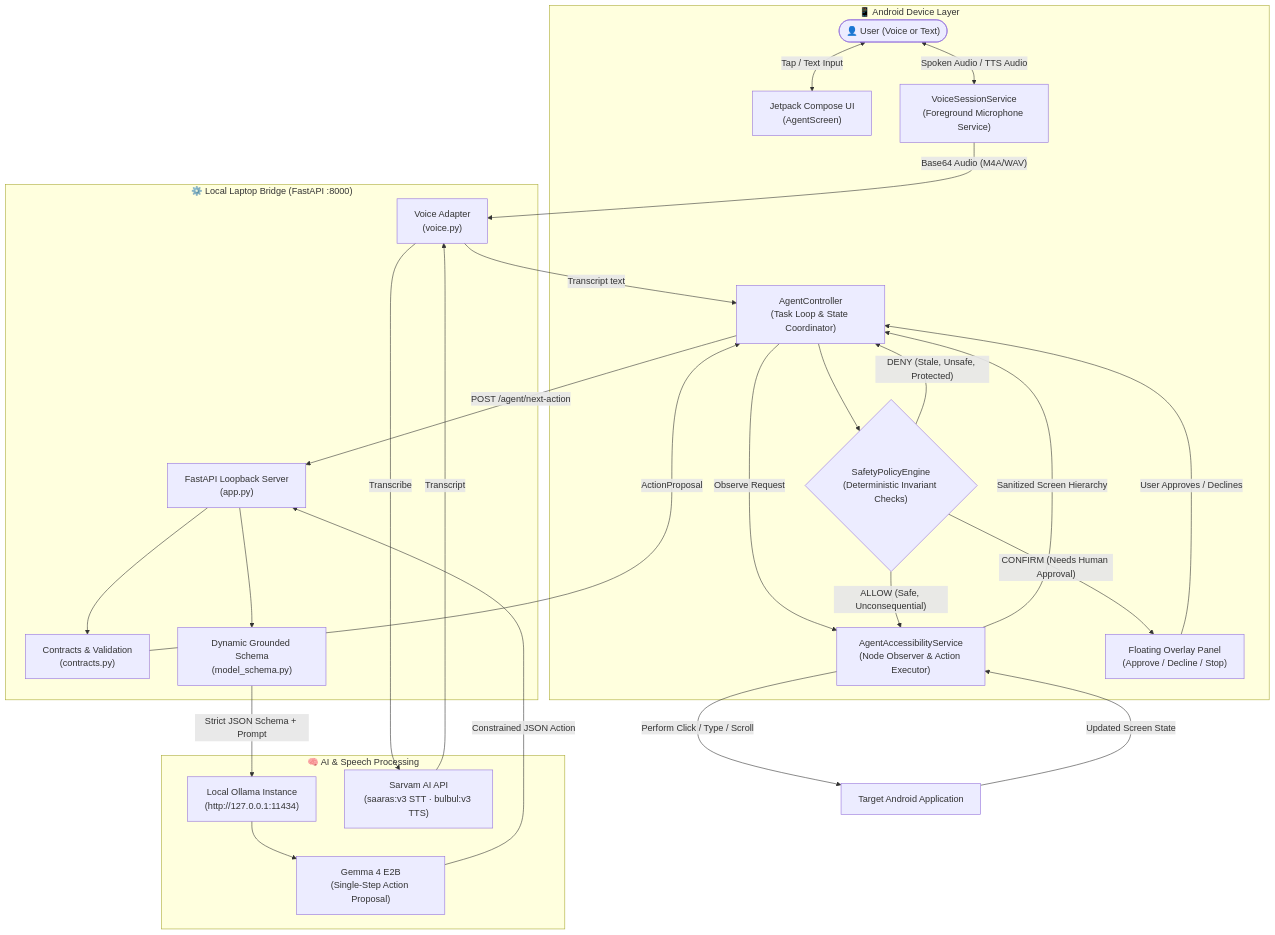
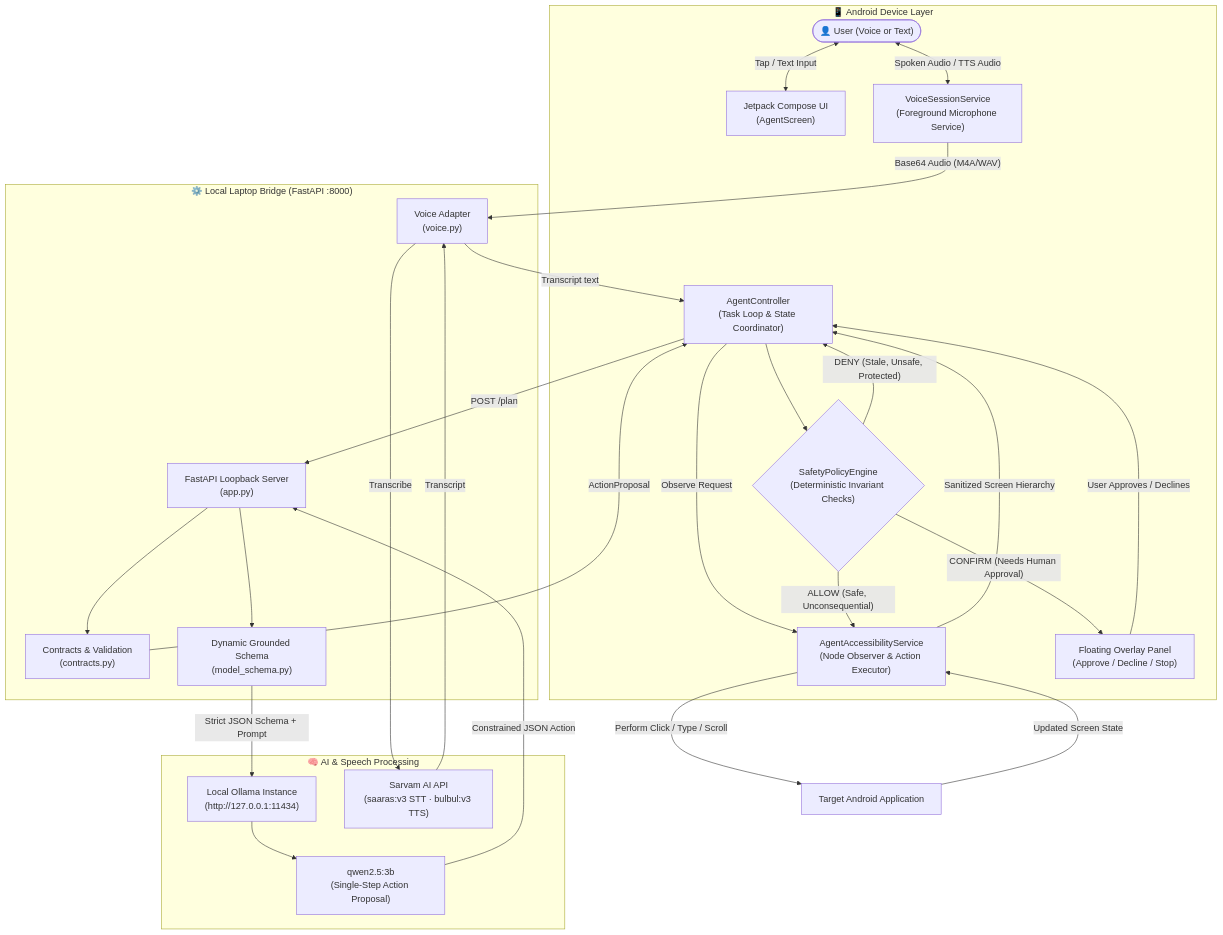
One commit to kkoushik24/handsfree-AI changed the first of 3 diagrams in README.md. Above: the diagram before and after it, drawn with Mermaid. The commit also changed other lines of this file and 10 other files, not shown here.

````diff
--- a/README.md
+++ b/README.md
@@ -96,51 +96,51 @@
 ```mermaid
 flowchart TD
     subgraph UserInterface["📱 Android Device Layer"]
         User(["👤 User (Voice or Text)"])
         UI["Jetpack Compose UI<br/>(AgentScreen)"]
         VoiceService["VoiceSessionService<br/>(Foreground Microphone Service)"]
         AccessService["AgentAccessibilityService<br/>(Node Observer & Action Executor)"]
         TaskController["AgentController<br/>(Task Loop & State Coordinator)"]
         SafetyEngine{"SafetyPolicyEngine<br/>(Deterministic Invariant Checks)"}
         FloatingPanel["Floating Overlay Panel<br/>(Approve / Decline / Stop)"]
     end
 
     subgraph LaptopBackend["⚙️ Local Laptop Bridge (FastAPI :8000)"]
         FastAPI["FastAPI Loopback Server<br/>(app.py)"]
         Contracts["Contracts & Validation<br/>(contracts.py)"]
         SchemaGen["Dynamic Grounded Schema<br/>(model_schema.py)"]
         VoiceRouter["Voice Adapter<br/>(voice.py)"]
     end
 
     subgraph ExternalEngines["🧠 AI & Speech Processing"]
         Ollama["Local Ollama Instance<br/>(http://127.0.0.1:11434)"]
-        GemmaModel["Gemma 4 E2B<br/>(Single-Step Action Proposal)"]
+        QwenModel["qwen2.5:3b<br/>(Single-Step Action Proposal)"]
         SarvamCloud["Sarvam AI API<br/>(saaras:v3 STT · bulbul:v3 TTS)"]
     end
 
     User <-->|"Spoken Audio / TTS Audio"| VoiceService
     User <-->|"Tap / Text Input"| UI
     VoiceService -->|"Base64 Audio (M4A/WAV)"| VoiceRouter
     VoiceRouter -->|"Transcribe"| SarvamCloud
     SarvamCloud -->|"Transcript"| VoiceRouter
     VoiceRouter -->|"Transcript text"| TaskController
 
     TaskController -->|"Observe Request"| AccessService
     AccessService -->|"Sanitized Screen Hierarchy"| TaskController
-    TaskController -->|"POST /agent/next-action"| FastAPI
+    TaskController -->|"POST /plan"| FastAPI
 
     FastAPI --> SchemaGen
     SchemaGen -->|"Strict JSON Schema + Prompt"| Ollama
-    Ollama --> GemmaModel
-    GemmaModel -->|"Constrained JSON Action"| FastAPI
+    Ollama --> QwenModel
+    QwenModel -->|"Constrained JSON Action"| FastAPI
     FastAPI --> Contracts
     Contracts -->|"ActionProposal"| TaskController
 
     TaskController --> SafetyEngine
     SafetyEngine -->|"ALLOW (Safe, Unconsequential)"| AccessService
     SafetyEngine -->|"CONFIRM (Needs Human Approval)"| FloatingPanel
     SafetyEngine -->|"DENY (Stale, Unsafe, Protected)"| TaskController
     FloatingPanel -->|"User Approves / Declines"| TaskController
     AccessService -->|"Perform Click / Type / Scroll"| TargetApp["Target Android Application"]
     TargetApp -->|"Updated Screen State"| AccessService
 ```
````
